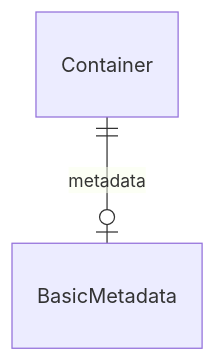
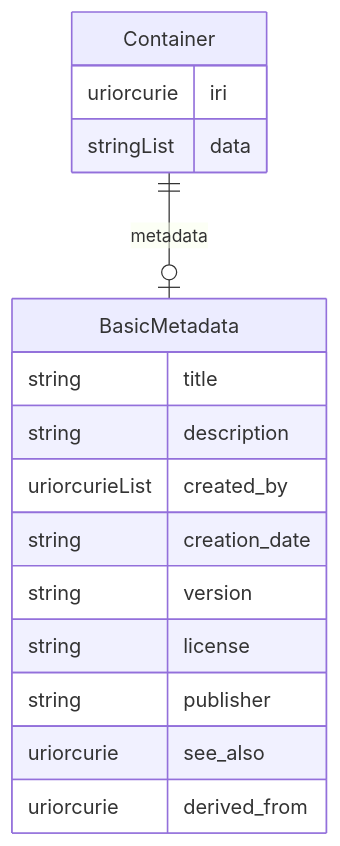
One commit to hubmapconsortium/hra-do-processor changed the third of 11 diagrams in er-diagrams.md. Above: the diagram before and after it, drawn with Mermaid. The commit also changed other lines of this file, not shown here.

Commit message:
ER Diagram update

````diff
--- a/er-diagrams.md
+++ b/er-diagrams.md
@@ -78,12 +119,21 @@
 ```mermaid
 erDiagram
 Container {
-
+    uriorcurie iri  
+    stringList data  
 }
 BasicMetadata {
-
+    string title  
+    string description  
+    uriorcurieList created_by  
+    string creation_date  
+    string version  
+    string license  
+    string publisher  
+    uriorcurie see_also  
+    uriorcurie derived_from  
 }
 
 Container ||--|o BasicMetadata : "metadata"
 
 ```
````
